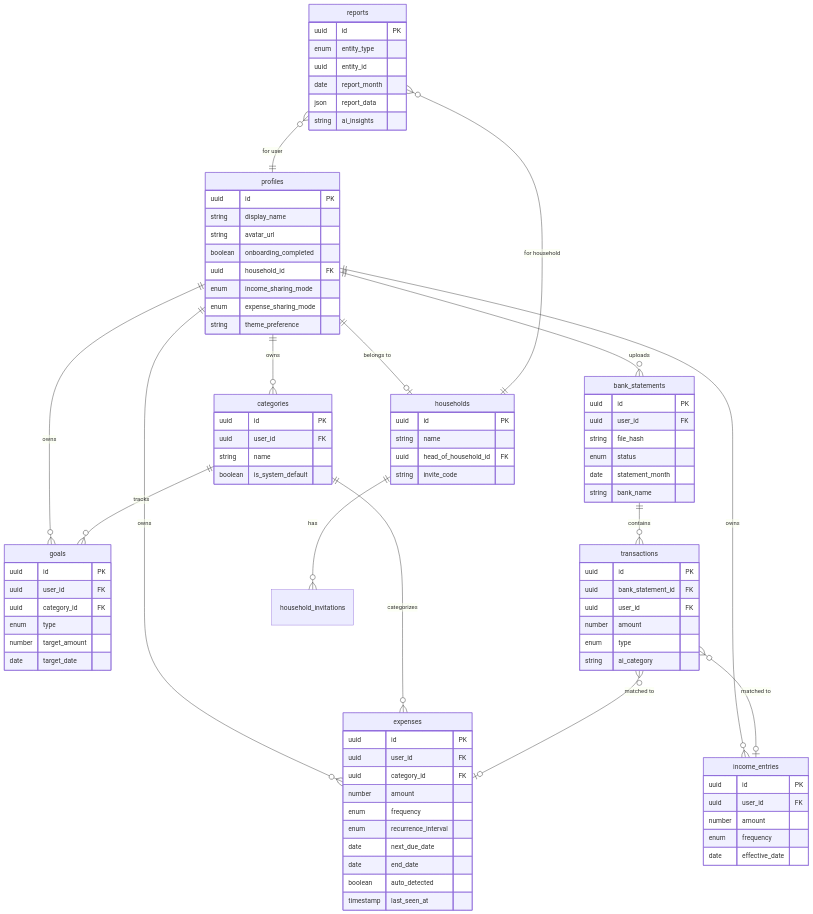
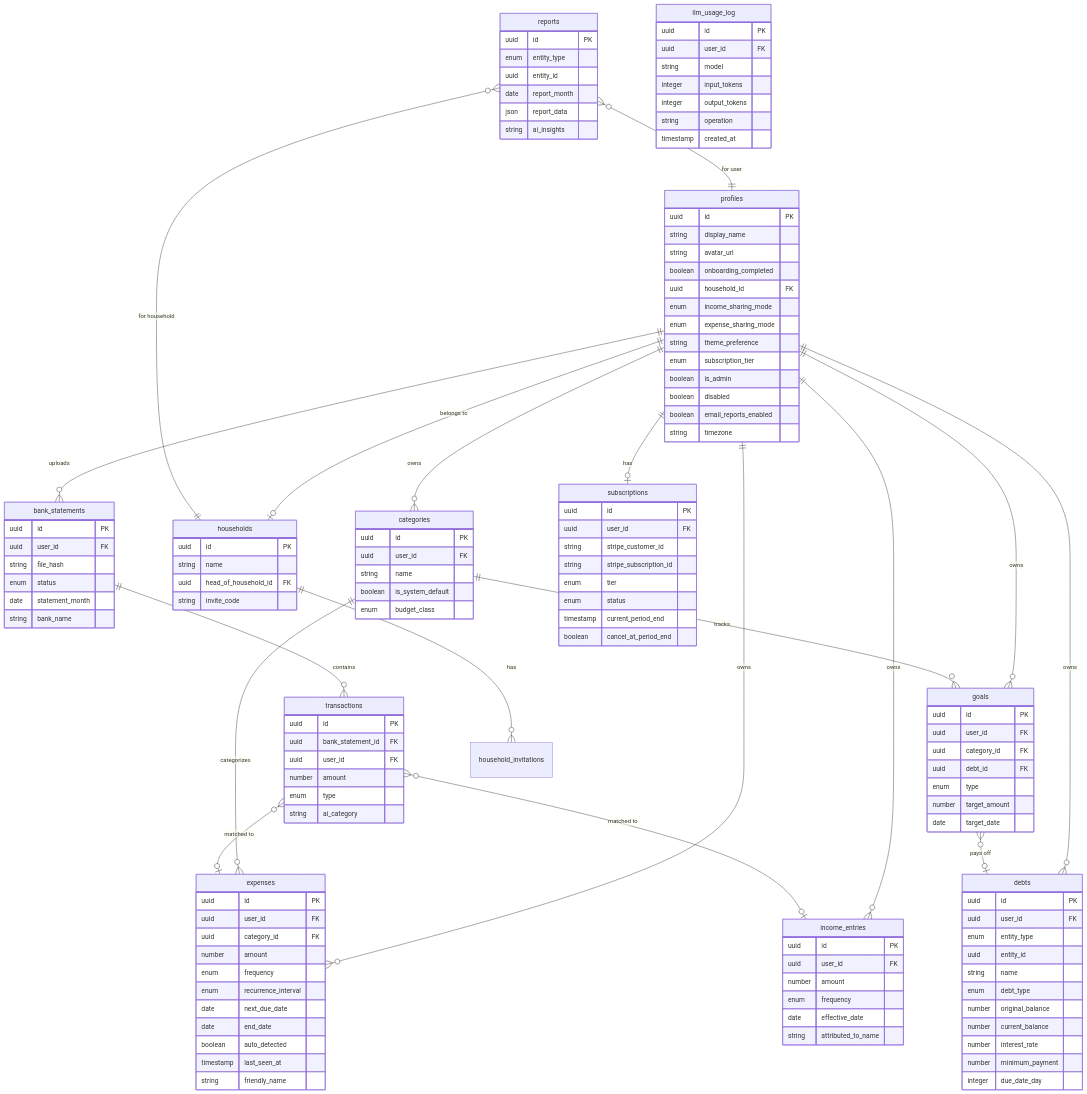
Before and after one commit to mjmitchell86/Spendoza: the tenth of 12 diagrams in README.md, drawn with Mermaid. The commit also changed other lines of this file, not shown here.

First line of the commit message:
docs: update README with accurate architecture, endpoints, and features

````diff
--- a/README.md
+++ b/README.md
@@ -447,6 +583,8 @@
     profiles ||--o{ income_entries : "owns"
     profiles ||--o{ bank_statements : "uploads"
     profiles ||--o{ goals : "owns"
+    profiles ||--o{ debts : "owns"
+    profiles ||--o| subscriptions : "has"
     bank_statements ||--o{ transactions : "contains"
     categories ||--o{ expenses : "categorizes"
     categories ||--o{ goals : "tracks"
@@ -455,6 +593,7 @@
     reports }o--|| profiles : "for user"
     reports }o--|| households : "for household"
     households ||--o{ household_invitations : "has"
+    goals }o--o| debts : "pays off"
 
     profiles {
         uuid id PK
@@ -465,6 +604,11 @@
         enum income_sharing_mode
         enum expense_sharing_mode
         string theme_preference
+        enum subscription_tier
+        boolean is_admin
+        boolean disabled
+        boolean email_reports_enabled
+        string timezone
     }
 
     households {
@@ -479,6 +623,7 @@
         uuid user_id FK
         string name
         boolean is_system_default
+        enum budget_class
     }
 
     expenses {
@@ -492,6 +637,7 @@
         date end_date
         boolean auto_detected
         timestamp last_seen_at
+        string friendly_name
     }
 
     income_entries {
@@ -500,6 +646,7 @@
         number amount
         enum frequency
         date effective_date
+        string attributed_to_name
     }
 
     bank_statements {
@@ -533,8 +680,44 @@
         uuid id PK
         uuid user_id FK
         uuid category_id FK
+        uuid debt_id FK
         enum type
         number target_amount
         date target_date
     }
+
+    debts {
+        uuid id PK
+        uuid user_id FK
+        enum entity_type
+        uuid entity_id
+        string name
+        enum debt_type
+        number original_balance
+        number current_balance
+        number interest_rate
+        number minimum_payment
+        integer due_date_day
+    }
+
+    subscriptions {
+        uuid id PK
+        uuid user_id FK
+        string stripe_customer_id
+        string stripe_subscription_id
+        enum tier
+        enum status
+        timestamp current_period_end
+        boolean cancel_at_period_end
+    }
+
+    llm_usage_log {
+        uuid id PK
+        uuid user_id FK
+        string model
+        integer input_tokens
+        integer output_tokens
+        string operation
+        timestamp created_at
+    }
 ```
````
